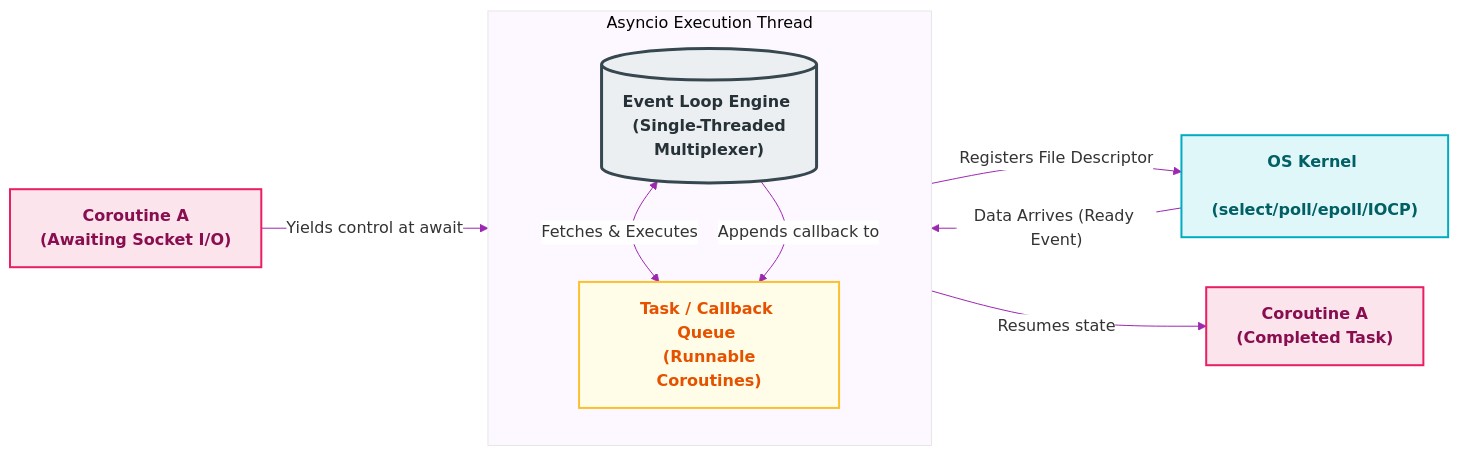
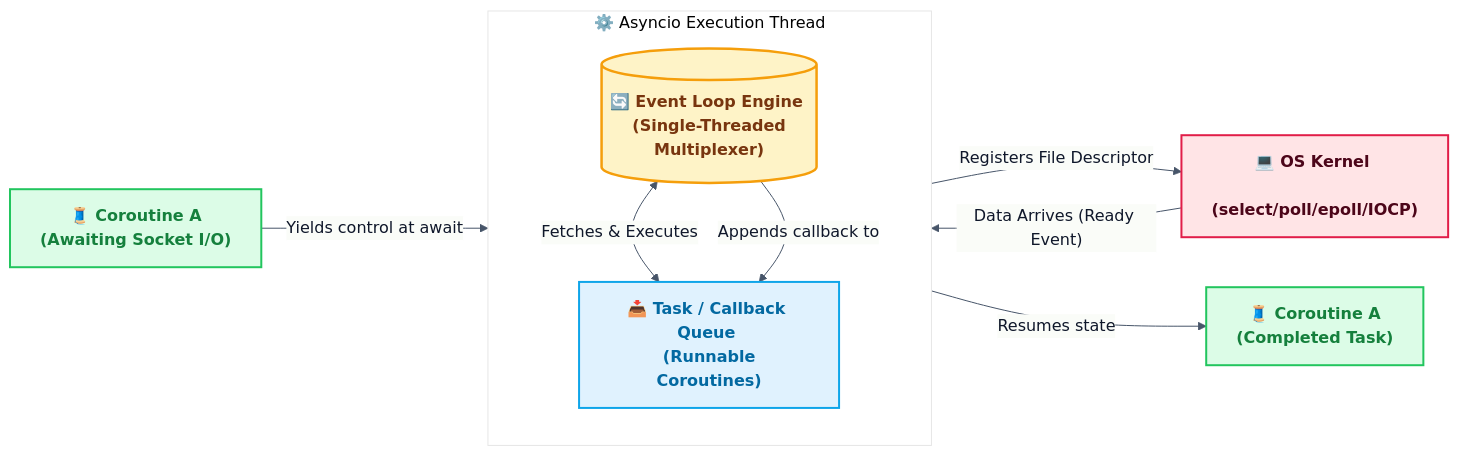
The second of 5 diagrams in SyedMuhammadHuzaifaAshrafi-(23FA-035-SE)/Chapter05/README.md (RameenAnwar/PDC-SP26-SE), drawn with Mermaid before and after one commit. The commit also changed other lines of this file and 5 other files, not shown here.

````diff
--- a/SyedMuhammadHuzaifaAshrafi-(23FA-035-SE)/Chapter05/README.md
+++ b/SyedMuhammadHuzaifaAshrafi-(23FA-035-SE)/Chapter05/README.md
@@ -182,29 +77,29 @@
 ```mermaid
-%%{init: {'theme': 'base', 'themeVariables': { 'lineColor': '#9C27B0', 'primaryColor': '#FFFFFF', 'clusterBkg':'#FDF8FF' }}}%%
+%%{init: {'theme': 'base', 'themeVariables': { 'lineColor': '#475569', 'primaryColor': '#f8fafc', 'primaryTextColor': '#0f172a', 'primaryBorderColor': '#cbd5e1' }}}%%
 flowchart LR
-    %% Event Loop Architecture Diagram
-    classDef loop fill:#ECEFF1,stroke:#37474F,stroke-width:3px,color:#263238,font-weight:bold,rx:10,ry:10
-    classDef queue fill:#FFFDE7,stroke:#FBC02D,stroke-width:2px,color:#E65100,font-weight:bold
-    classDef kernel fill:#E0F7FA,stroke:#00ACC1,stroke-width:2px,color:#006064,font-weight:bold
-    classDef coro fill:#FCE4EC,stroke:#E91E63,stroke-width:2px,color:#880E4F,font-weight:bold
+    %% Premium Event Loop Architecture Diagram
+    classDef loop fill:#fef3c7,stroke:#f59e0b,stroke-width:2.5px,color:#78350f,font-weight:bold
+    classDef queue fill:#e0f2fe,stroke:#0ea5e9,stroke-width:2px,color:#0369a1,font-weight:bold
+    classDef kernel fill:#ffe4e6,stroke:#e11d48,stroke-width:2px,color:#4c0519,font-weight:bold
+    classDef coro fill:#dcfce7,stroke:#22c55e,stroke-width:2px,color:#15803d,font-weight:bold
 
-    subgraph ASYNC_ENV ["Asyncio Execution Thread"]
+    subgraph ASYNC_ENV ["⚙️ Asyncio Execution Thread"]
         direction TB
-        EL[("Event Loop Engine \n (Single-Threaded Multiplexer)")]
-        TQ["Task / Callback Queue \n (Runnable Coroutines)"]
+        EL[("🔄 Event Loop Engine <br> (Single-Threaded Multiplexer)")]
+        TQ["📥 Task / Callback Queue <br> (Runnable Coroutines)"]
         
         EL <-->|Fetches & Executes| TQ
     end
 
-    C1["Coroutine A \n (Awaiting Socket I/O)"] -->|Yields control at await| EL
-    EL -->|Registers File Descriptor| OS["OS Kernel \n (select/poll/epoll/IOCP)"]
+    C1["🧵 Coroutine A <br> (Awaiting Socket I/O)"] -->|Yields control at await| EL
+    EL -->|Registers File Descriptor| OS["💻 OS Kernel <br> (select/poll/epoll/IOCP)"]
     
     OS -->|"Data Arrives (Ready Event)"| EL
     EL -->|Appends callback to| TQ
-    TQ -->|Resumes state| C2["Coroutine A \n (Completed Task)"]
+    TQ -->|Resumes state| C2["🧵 Coroutine A <br> (Completed Task)"]
 
     class EL loop
     class TQ queue
     class OS kernel
     class C1,C2 coro
 ```
````
